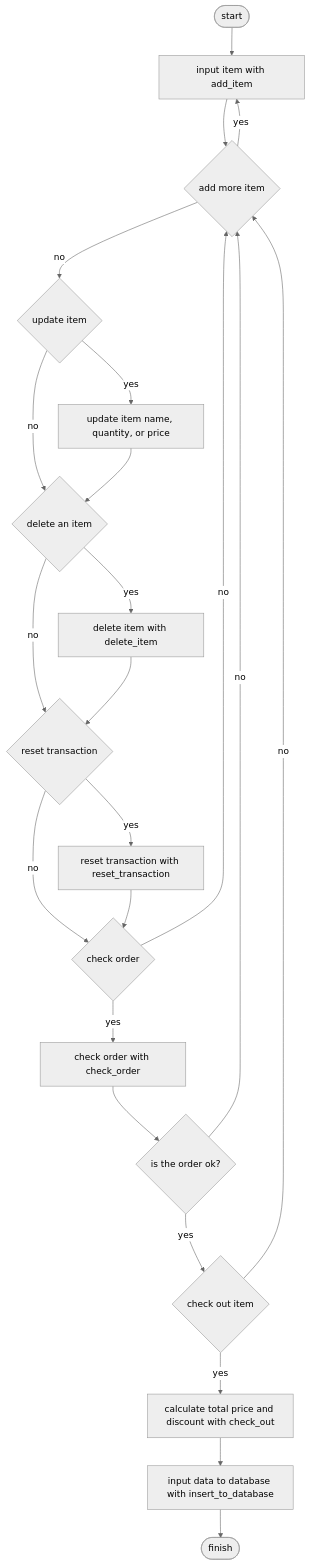
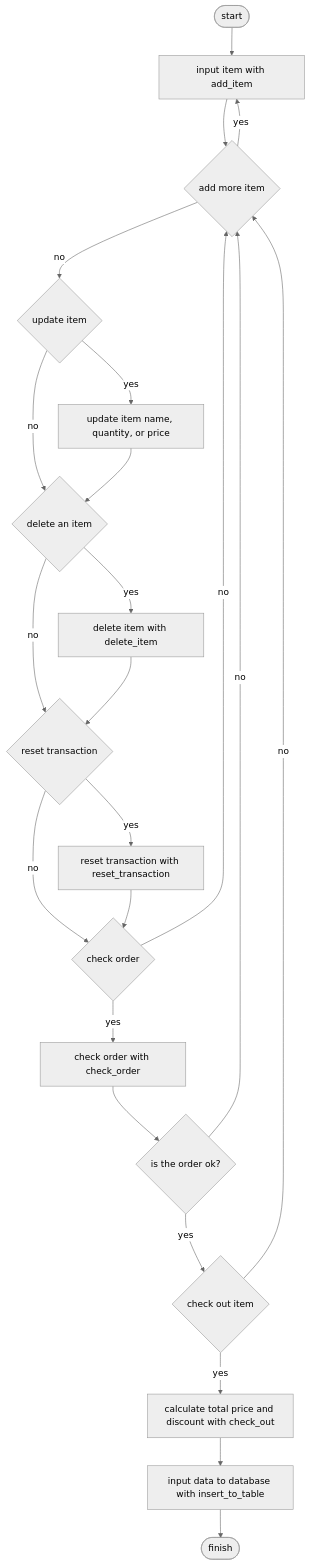
The diagram in readme.md (naputami/super-cashier), drawn with Mermaid (neutral theme) before and after one commit. The commit also changed other lines of this file and 9 other files, not shown here.

````diff
--- a/readme.md
+++ b/readme.md
@@ -40,25 +26,25 @@
 ```mermaid
 flowchart TD
 	A([start]) --> B[input item with add_item]
 	B --> C{add more item}
 	C --> |yes| B
 	C --> |no| D{update item}
 	D --> |yes| E[update item name, quantity, or price]
 	D --> |no| F{delete an item}
 	E --> F
 	F --> |yes| G[delete item with delete_item]
 	F --> |no| H{reset transaction}
 	G --> H
 	H --> |yes| I[reset transaction with reset_transaction]
 	H --> |no| K{check order}
 	I --> K
 	K --> |yes| L[check order with check_order]
 	K --> |no| C
 	L --> M{is the order ok?}
 	M --> |yes|N{check out item}
 	M --> |no| C
 	N --> |yes| O[calculate total price and discount with check_out]
 	N --> |no| C
-	O --> P[input data to database with insert_to_database]
+	O --> P[input data to database with insert_to_table]
 	P --> Q([finish])
 ```
````
